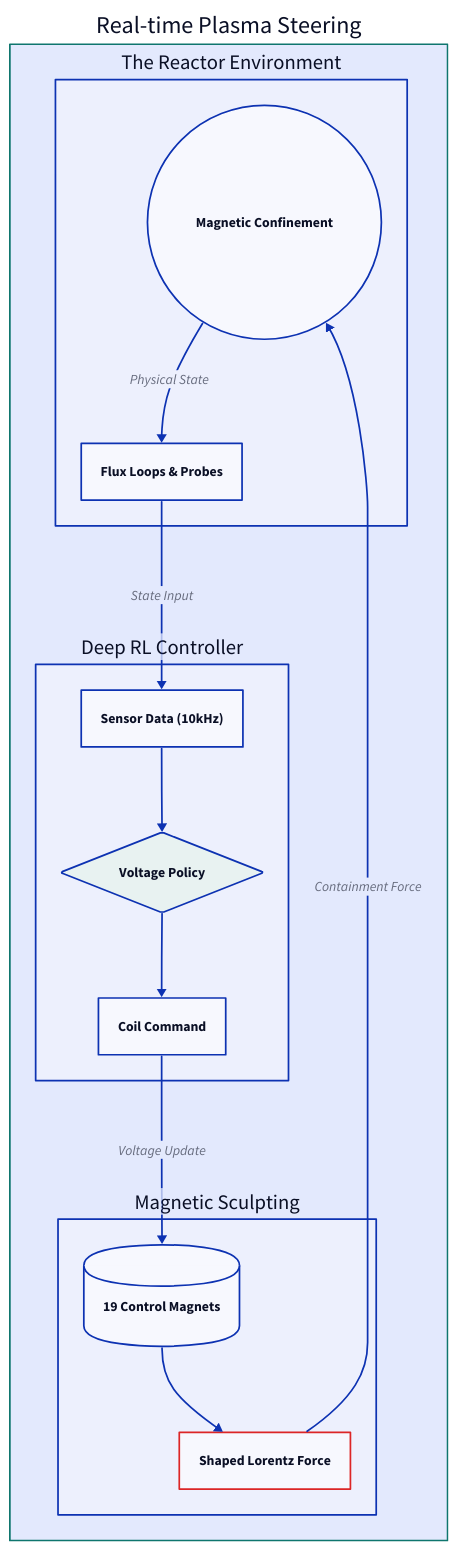
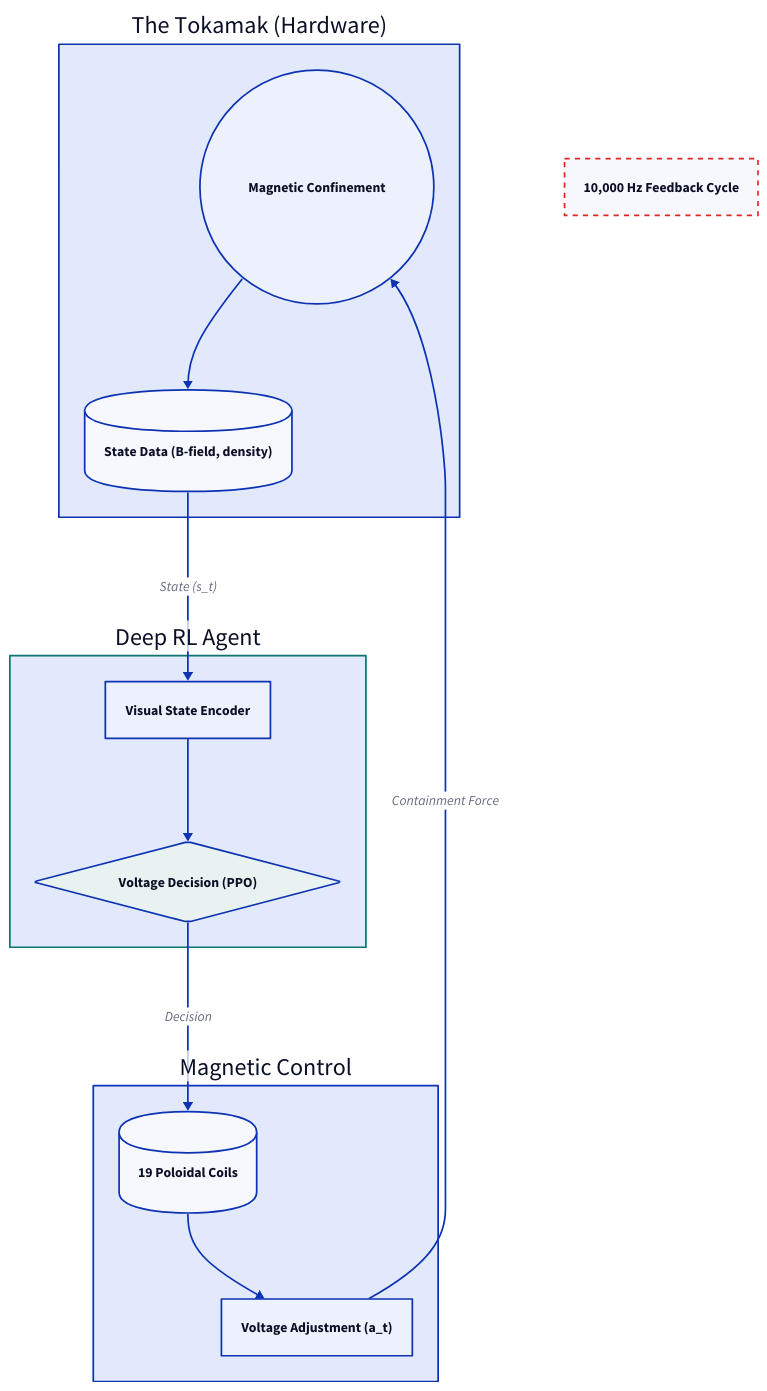
The diagram in content/articles/how-does-ai-simulate-nuclear-fusion.md (s-chudmunge/eulerfold), drawn with D2 before and after one commit. The commit also changed 45 other files, not shown here.

````diff
--- a/content/articles/how-does-ai-simulate-nuclear-fusion.md
+++ b/content/articles/how-does-ai-simulate-nuclear-fusion.md
@@ -39,39 +39,36 @@
 ```d2
 direction: down
 
-Fusion_Control: "Real-time Plasma Steering" {
+Environment: "The Tokamak (Hardware)" {
+  Plasma: "Magnetic Confinement" {shape: circle}
+  Sensors: "State Data (B-field, density)" {shape: cylinder}
+  Plasma -> Sensors
+}
+
+AI_Controller: "Deep RL Agent" {
   style: {
-    stroke: "#0F766E"
+    stroke: "#0f766e"
     stroke-width: 2
   }
-
-  Tokamak: "The Reactor Environment" {
-    Plasma: "Magnetic Confinement" {shape: circle}
-    Sensors: "Flux Loops & Probes"
-    Plasma -> Sensors: "Physical State"
+  CNN: "Visual State Encoder"
+  Policy: "Voltage Decision (PPO)" {
+    shape: diamond
+    style: {fill: "#e8f2f1"}
   }
-
-  RL_Pilot: "Deep RL Controller" {
-    Observation: "Sensor Data (10kHz)"
-    Decision: "Voltage Policy" {
-      shape: diamond
-      style: { fill: "#e8f2f1" }
-    }
-    Actuators: "Coil Command"
-    
-    Observation -> Decision -> Actuators
-  }
-
-  Magnetic_Fields: "Magnetic Sculpting" {
-    Coils: "19 Control Magnets" {shape: cylinder}
-    Field: "Shaped Lorentz Force" {
-      style: { stroke: "#dc2626" }
-    }
-    Coils -> Field
-  }
+  CNN -> Policy
 }
 
-Fusion_Control.Tokamak.Sensors -> Fusion_Control.RL_Pilot.Observation: "State Input"
-Fusion_Control.RL_Pilot.Actuators -> Fusion_Control.Magnetic_Fields.Coils: "Voltage Update"
-Fusion_Control.Magnetic_Fields.Field -> Fusion_Control.Tokamak.Plasma: "Containment Force"
+Actuators: "Magnetic Control" {
+  Magnets: "19 Poloidal Coils" {shape: cylinder}
+  Action: "Voltage Adjustment (a_t)"
+  Magnets -> Action
+}
+
+Environment.Sensors -> AI_Controller.CNN: "State (s_t)"
+AI_Controller.Policy -> Actuators.Magnets: "Decision"
+Actuators.Action -> Environment.Plasma: "Containment Force"
+
+Loop: "10,000 Hz Feedback Cycle" {
+  style: {stroke-dash: 3; stroke: "#dc2626"}
+}
 ```
````
